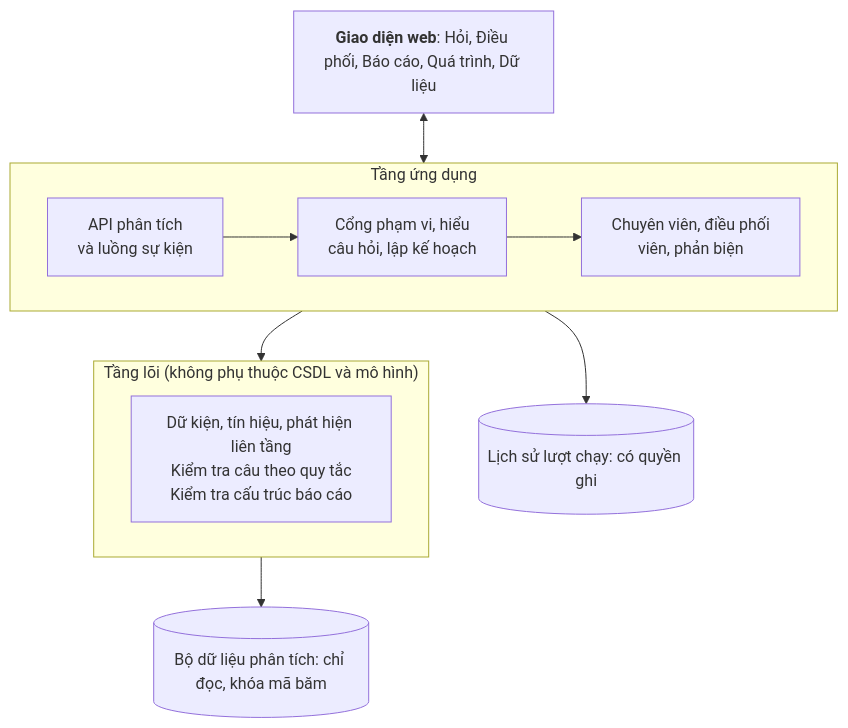
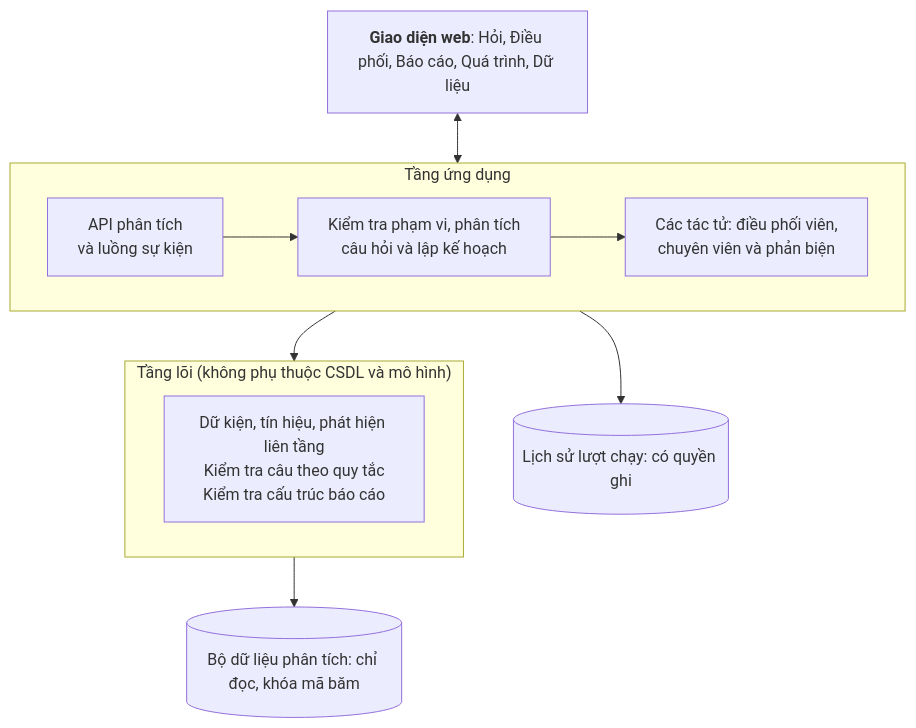
Before and after one commit to thaicuong576/final-thesis: the diagram in docs/thesis-v2/figures/hinh-4-1-kien-truc-phan-tang.mmd, drawn with Mermaid. The commit also changed 10 other files, not shown here.

Commit message:
docs(thesis): fix figure wording, Vietnamese number format in charts, Fig 3.2 layout (#185)

```diff
--- a/docs/thesis-v2/figures/hinh-4-1-kien-truc-phan-tang.mmd
+++ b/docs/thesis-v2/figures/hinh-4-1-kien-truc-phan-tang.mmd
@@ -1,18 +1,18 @@
 flowchart TB
     UI["<b>Giao diện web</b>: Hỏi, Điều phối, Báo cáo, Quá trình, Dữ liệu"]
     subgraph App ["Tầng ứng dụng"]
         direction LR
         API["API phân tích<br/>và luồng sự kiện"]
-        GATE["Cổng phạm vi, hiểu<br/>câu hỏi, lập kế hoạch"]
-        AG["Chuyên viên, điều phối<br/>viên, phản biện"]
+        GATE["Kiểm tra phạm vi, phân tích<br/>câu hỏi và lập kế hoạch"]
+        AG["Các tác tử: điều phối viên,<br/>chuyên viên và phản biện"]
         API --> GATE --> AG
     end
-    subgraph Core ["Tầng lõi (không phụ thuộc CSDL và mô hình)"]
+    subgraph Core ["&nbsp;&nbsp;Tầng lõi (không phụ thuộc CSDL và mô hình)&nbsp;&nbsp;"]
         CORE["Dữ kiện, tín hiệu, phát hiện liên tầng<br/>Kiểm tra câu theo quy tắc<br/>Kiểm tra cấu trúc báo cáo"]
     end
     DB[("Bộ dữ liệu phân tích: chỉ đọc, khóa mã băm")]
     RUNS[("Lịch sử lượt chạy: có quyền ghi")]
     UI <--> App
     App --> Core
     Core --> DB
     App --> RUNS
```
